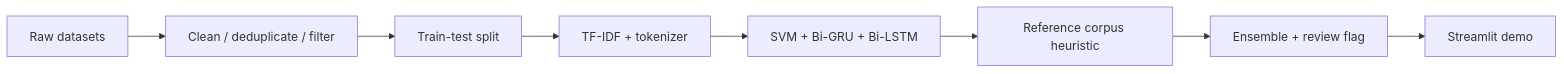
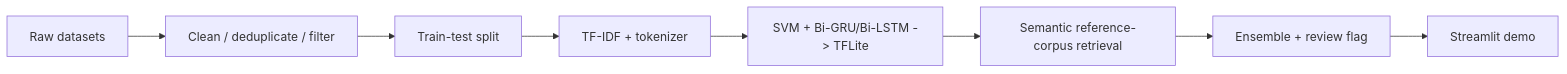
The diagram in README.md (lauratonsi/Fake_News_Screening), drawn with Mermaid before and after one commit. The commit also changed other lines of this file and 3 other files, not shown here.

First line of the commit message:
README/PIPELINE: document the semantic RAG, TFLite serving, and tests

````diff
--- a/README.md
+++ b/README.md
@@ -78,10 +83,10 @@
 ```mermaid
 flowchart LR
     A[Raw datasets] --> B[Clean / deduplicate / filter]
     B --> C[Train-test split]
     C --> D[TF-IDF + tokenizer]
-    D --> E[SVM + Bi-GRU + Bi-LSTM]
-    E --> F[Reference corpus heuristic]
+    D --> E[SVM + Bi-GRU/Bi-LSTM -> TFLite]
+    E --> F[Semantic reference-corpus retrieval]
     F --> G[Ensemble + review flag]
     G --> H[Streamlit demo]
 ```
````
